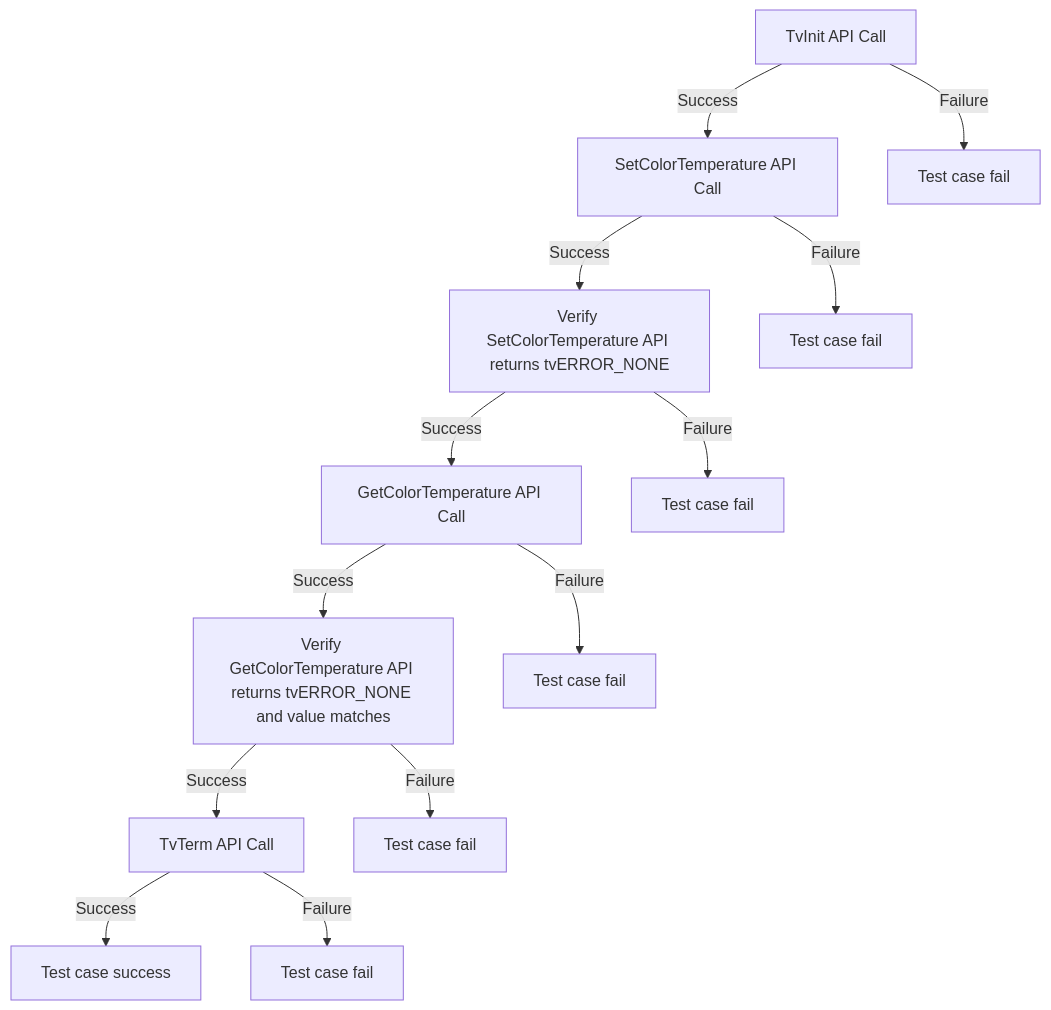
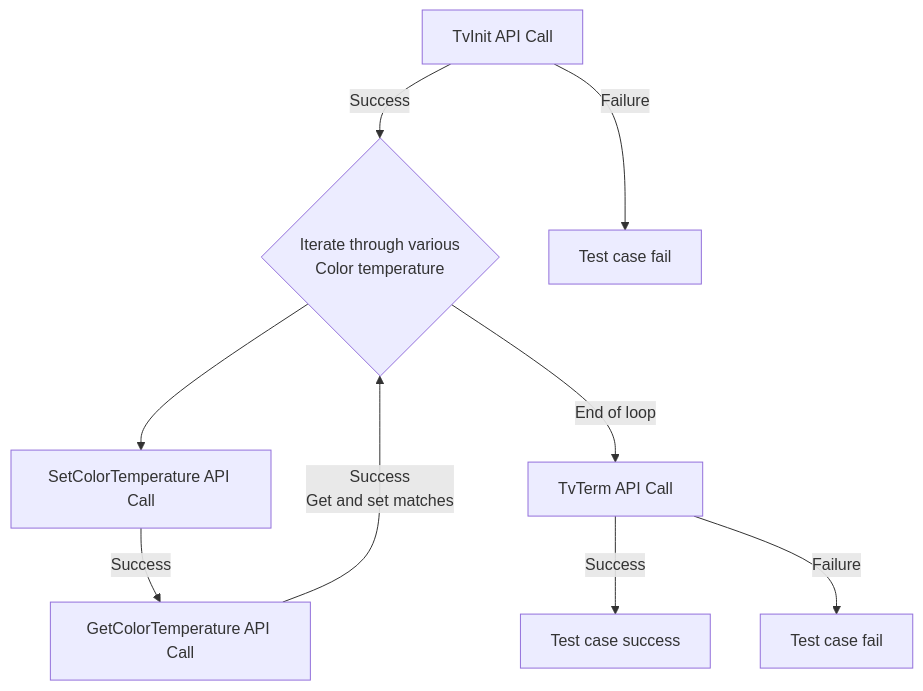
Diagram 18 of 48 in docs/pages/tvSettings_L2_Low-Level_TestSpecification.md (rdkcentral/rdkv-halif-test-tvsettings), drawn with Mermaid before and after one commit. The commit also changed other lines of this file and 1 other file, not shown here.

````diff
--- a/docs/pages/tvSettings_L2_Low-Level_TestSpecification.md
+++ b/docs/pages/tvSettings_L2_Low-Level_TestSpecification.md
@@ -854,15 +833,11 @@
 ```mermaid
 graph TB
-    A[TvInit API Call] -->|Success| B[SetColorTemperature API Call]
+    A[TvInit API Call] -->|Success| Loop{Iterate through various <br> Color temperature}
+    Loop -->B[SetColorTemperature API Call]
     A -->|Failure| A1[Test case fail]
-    B -->|Success| C[Verify SetColorTemperature API returns tvERROR_NONE]
-    B -->|Failure| B1[Test case fail]
-    C -->|Success| D[GetColorTemperature API Call]
-    C -->|Failure| C1[Test case fail]
-    D -->|Success| E[Verify GetColorTemperature API returns tvERROR_NONE and value matches]
-    D -->|Failure| D1[Test case fail]
-    E -->|Success| F[TvTerm API Call]
-    E -->|Failure| E1[Test case fail]
+    B -->|Success| D[GetColorTemperature API Call]
+    D -->| Success <br> Get and set matches|Loop
+    Loop -->|End of loop| F[TvTerm API Call]
     F -->|Success| G[Test case success]
     F -->|Failure| F1[Test case fail]
 ```
````
